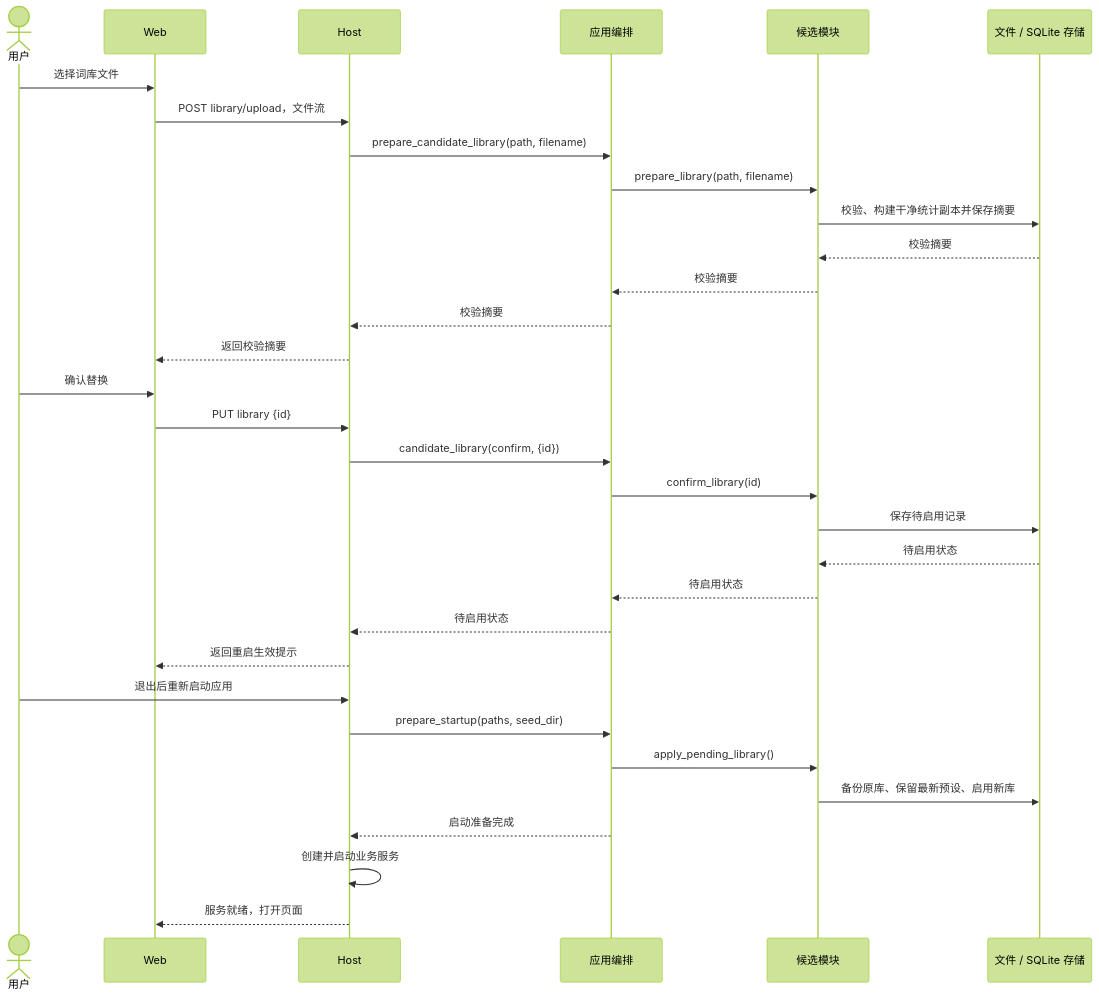
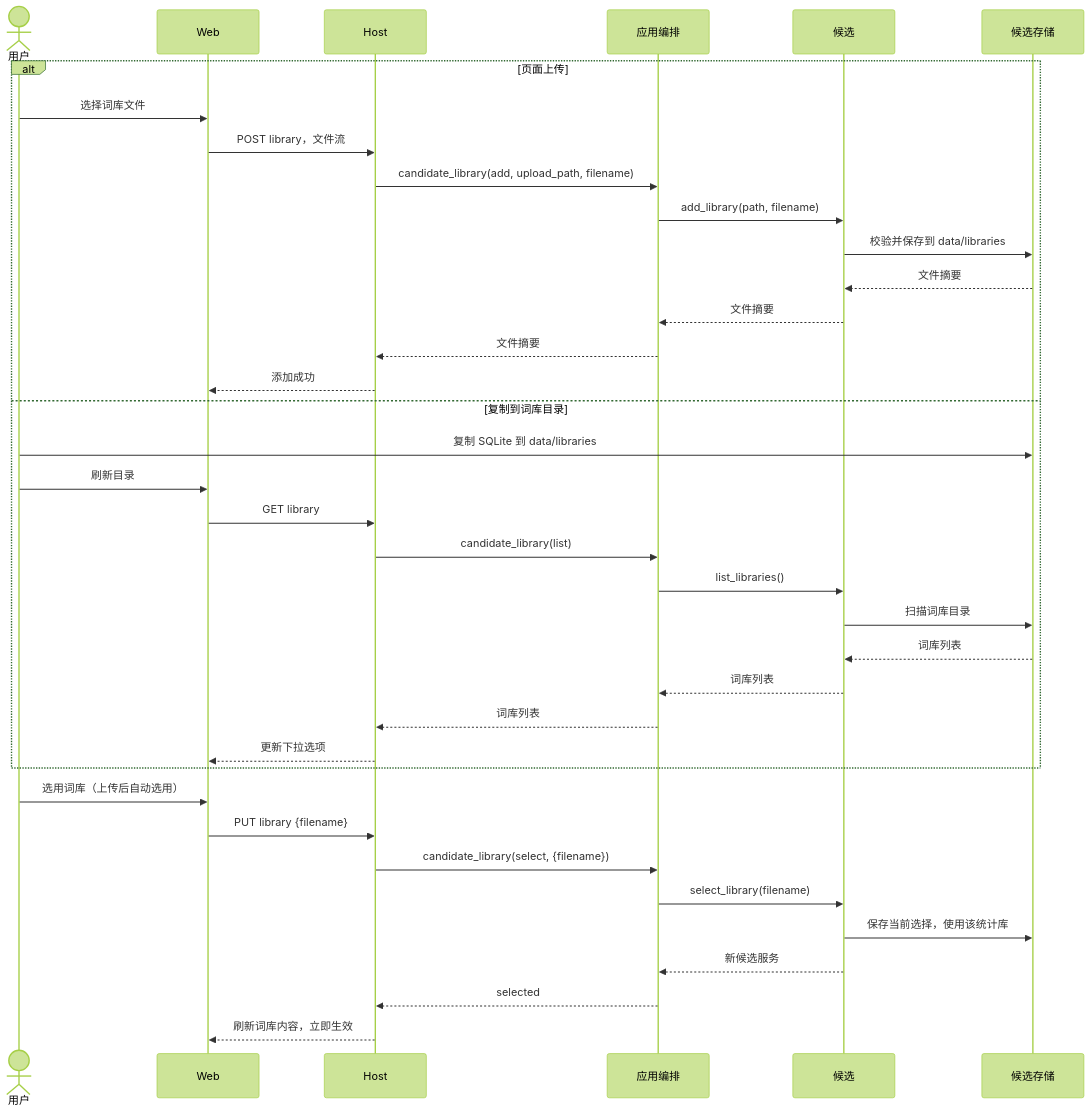
The second of 2 diagrams in docs/issues/portable-release-implementation.md (Lykr/pictide), drawn with Mermaid (forest theme) before and after one commit. The commit also changed other lines of this file and 2 other files, not shown here.

````diff
--- a/docs/issues/portable-release-implementation.md
+++ b/docs/issues/portable-release-implementation.md
@@ -55,34 +63,39 @@
 ```mermaid
 sequenceDiagram
     actor User as 用户
     participant UI as Web
     participant Host as Host
     participant App as 应用编排
-    participant Candidate as 候选模块
-    participant Store as 文件 / SQLite 存储
-    User->>UI: 选择词库文件
-    UI->>Host: POST library/upload，文件流
-    Host->>App: prepare_candidate_library(path, filename)
-    App->>Candidate: prepare_library(path, filename)
-    Candidate->>Store: 校验、构建干净统计副本并保存摘要
-    Store-->>Candidate: 校验摘要
-    Candidate-->>App: 校验摘要
-    App-->>Host: 校验摘要
-    Host-->>UI: 返回校验摘要
-    User->>UI: 确认替换
-    UI->>Host: PUT library {id}
-    Host->>App: candidate_library(confirm, {id})
-    App->>Candidate: confirm_library(id)
-    Candidate->>Store: 保存待启用记录
-    Store-->>Candidate: 待启用状态
-    Candidate-->>App: 待启用状态
-    App-->>Host: 待启用状态
-    Host-->>UI: 返回重启生效提示
-    User->>Host: 退出后重新启动应用
-    Host->>App: prepare_startup(paths, seed_dir)
-    App->>Candidate: apply_pending_library()
-    Candidate->>Store: 备份原库、保留最新预设、启用新库
-    App-->>Host: 启动准备完成
-    Host->>Host: 创建并启动业务服务
-    Host-->>UI: 服务就绪，打开页面
+    participant Candidate as 候选
+    participant Store as 候选存储
+    alt 页面上传
+        User->>UI: 选择词库文件
+        UI->>Host: POST library，文件流
+        Host->>App: candidate_library(add, upload_path, filename)
+        App->>Candidate: add_library(path, filename)
+        Candidate->>Store: 校验并保存到 data/libraries
+        Store-->>Candidate: 文件摘要
+        Candidate-->>App: 文件摘要
+        App-->>Host: 文件摘要
+        Host-->>UI: 添加成功
+    else 复制到词库目录
+        User->>Store: 复制 SQLite 到 data/libraries
+        User->>UI: 刷新目录
+        UI->>Host: GET library
+        Host->>App: candidate_library(list)
+        App->>Candidate: list_libraries()
+        Candidate->>Store: 扫描词库目录
+        Store-->>Candidate: 词库列表
+        Candidate-->>App: 词库列表
+        App-->>Host: 词库列表
+        Host-->>UI: 更新下拉选项
+    end
+    User->>UI: 选用词库（上传后自动选用）
+    UI->>Host: PUT library {filename}
+    Host->>App: candidate_library(select, {filename})
+    App->>Candidate: select_library(filename)
+    Candidate->>Store: 保存当前选择，使用该统计库
+    Candidate-->>App: 新候选服务
+    App-->>Host: selected
+    Host-->>UI: 刷新词库内容，立即生效
 ```
````
